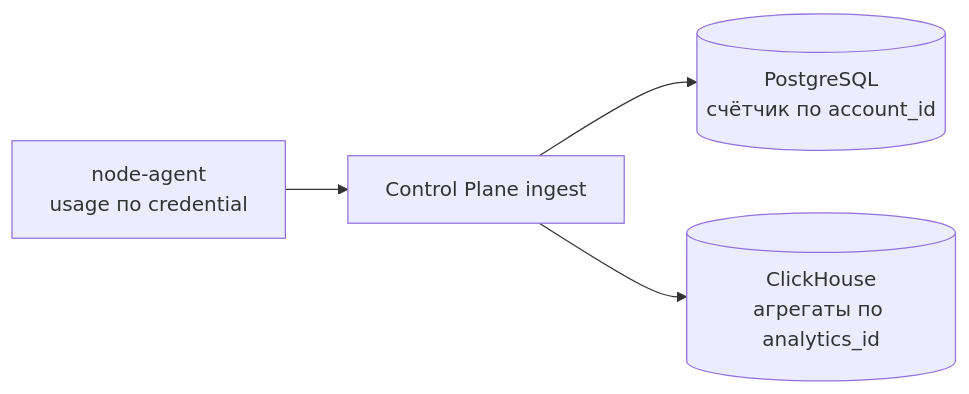
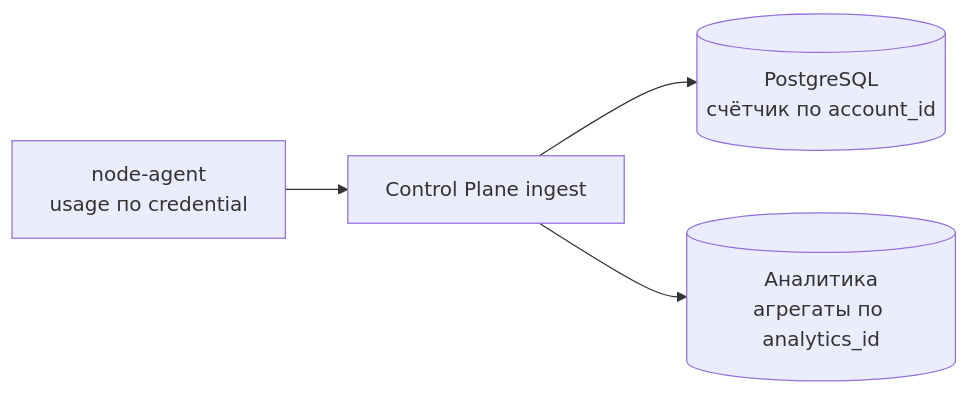
Before and after one commit to ai-zaytsev/simple: the second of 2 diagrams in docs/architecture/entitlement-model.md, drawn with Mermaid. The commit also changed other lines of this file and 19 other files, not shown here.

````diff
--- a/docs/architecture/entitlement-model.md
+++ b/docs/architecture/entitlement-model.md
@@ -54,6 +89,6 @@
 ```mermaid
 flowchart LR
     N["node-agent<br/>usage по credential"] --> ING["Control Plane ingest"]
     ING --> PG[("PostgreSQL<br/>счётчик по account_id")]
-    ING --> CH[("ClickHouse<br/>агрегаты по analytics_id")]
+    ING --> AN[("Аналитика<br/>агрегаты по analytics_id")]
 ```
````
